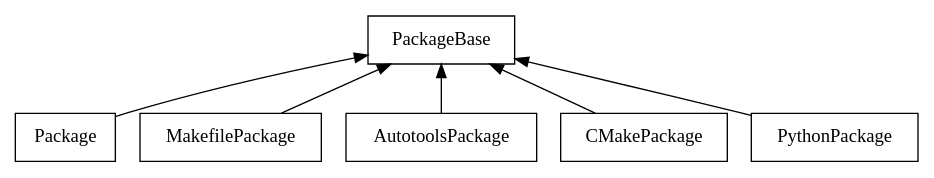
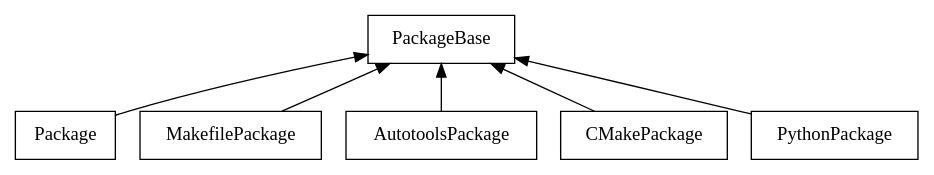
Before and after one commit to spack/spack-tutorial: the diagram in tutorial_buildsystems.rst, drawn with Graphviz.

Commit message:
Changed shape of graphiviz box

```diff
--- a/tutorial_buildsystems.rst
+++ b/tutorial_buildsystems.rst
@@ -27,17 +27,17 @@
 .. graphviz::
 
-    digraph {
+    digraph G {
 
         node [
-            shape = "record"
+            shape = "box"
         ]
         edge [
             arrowhead = "empty"
         ]
 
         PackageBase -> Package [dir=back]
         PackageBase -> MakefilePackage [dir=back]
         PackageBase -> AutotoolsPackage [dir=back]
         PackageBase -> CMakePackage [dir=back]
         PackageBase -> PythonPackage [dir=back]
     }
```
